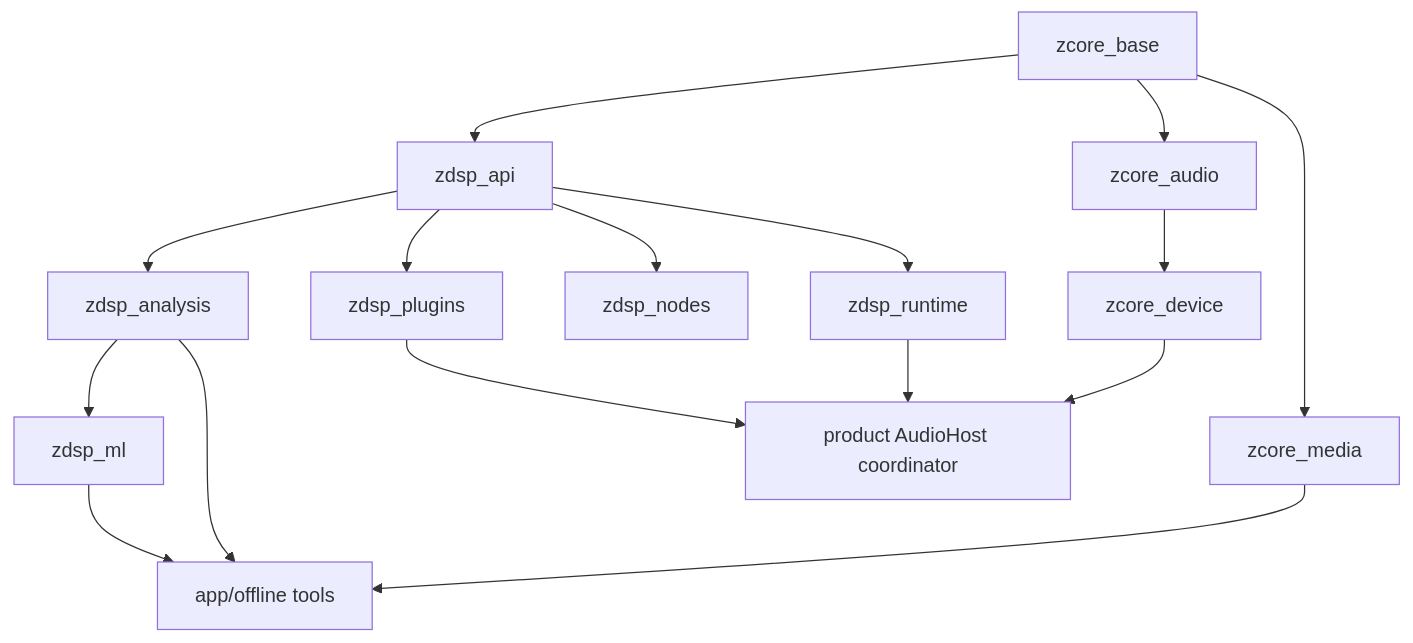
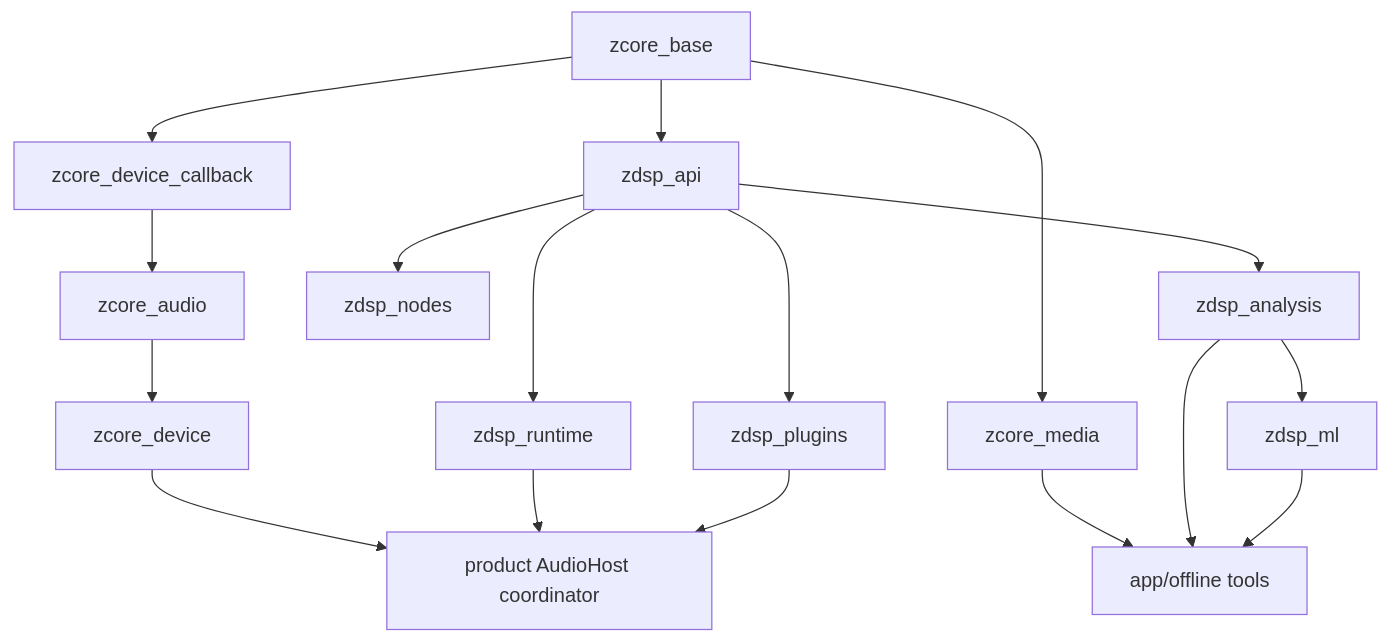
One commit to lexasoft123/SingZ changed the diagram in docs/NATIVE-CORE-DESIGN.md. Above: the diagram before and after it, drawn with Mermaid. The commit also changed other lines of this file and 33 other files, not shown here.

Commit message:
Isolate the realtime device callback leaf

````diff
--- a/docs/NATIVE-CORE-DESIGN.md
+++ b/docs/NATIVE-CORE-DESIGN.md
@@ -55,20 +58,21 @@
 ```mermaid
 flowchart TD
-  B[zcore_base] --> A[zcore_audio]
+  B[zcore_base] --> C[zcore_device_callback]
+  C --> A[zcore_audio]
   A --> D[zcore_device]
   B --> M[zcore_media]
 
   B --> API[zdsp_api]
   API --> RT[zdsp_runtime]
   API --> N[zdsp_nodes]
   API --> AN[zdsp_analysis]
   AN --> ML[zdsp_ml]
   API --> PL[zdsp_plugins]
 
   D --> H[product AudioHost coordinator]
   RT --> H
   M --> APP[app/offline tools]
   AN --> APP
   ML --> APP
   PL --> H
 ```
````
